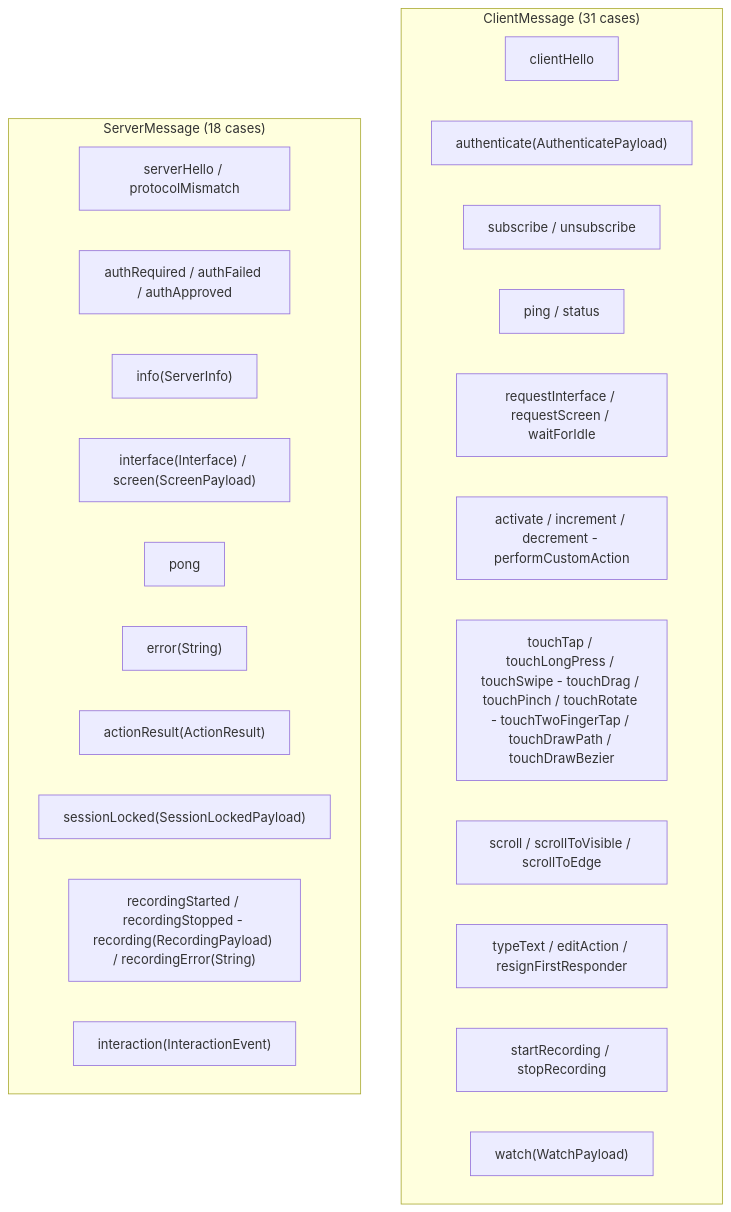
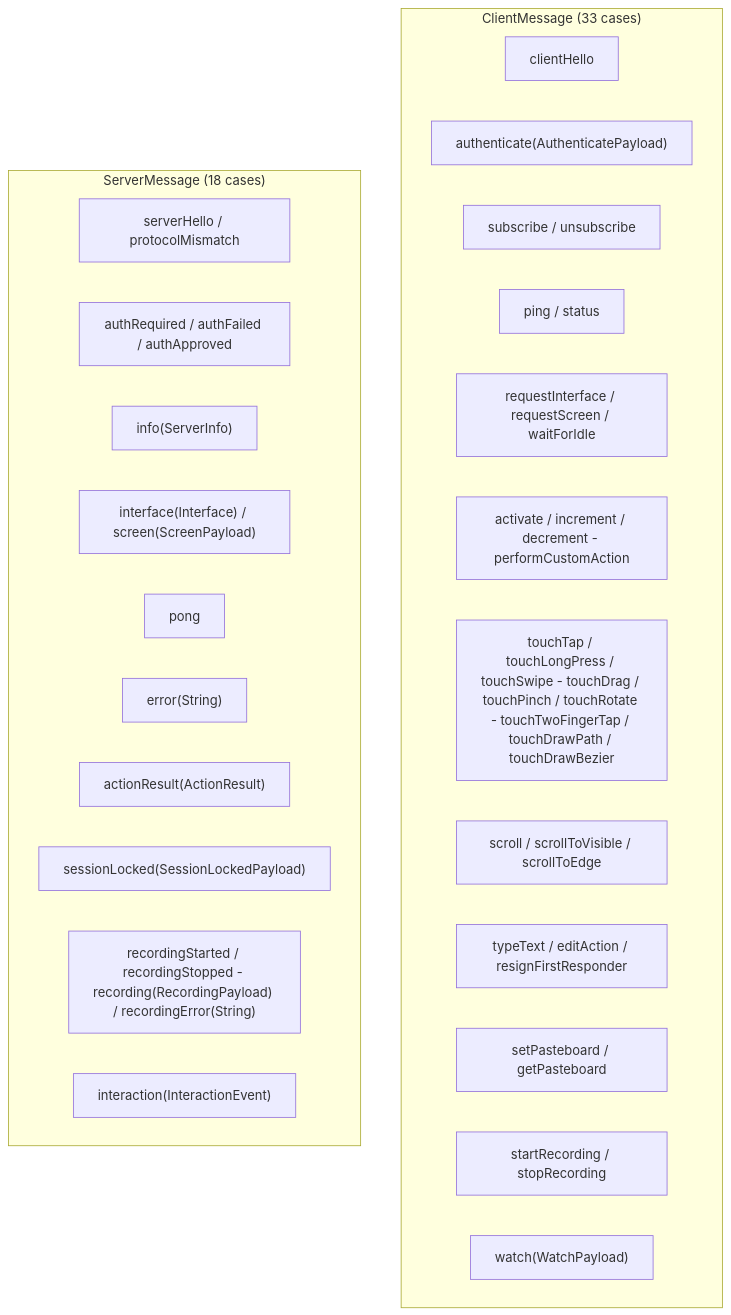
The second of 3 diagrams in docs/dossiers/01-THESCORE.md (RoyalPineapple/TheButtonHeist), drawn with Mermaid before and after one commit. The commit also changed other lines of this file and 29 other files, not shown here.

````diff
--- a/docs/dossiers/01-THESCORE.md
+++ b/docs/dossiers/01-THESCORE.md
@@ -54,29 +54,30 @@
 ```mermaid
 graph TD
-    subgraph ClientMessages["ClientMessage (31 cases)"]
+    subgraph ClientMessages["ClientMessage (33 cases)"]
         Hello["clientHello"]
         Auth["authenticate(AuthenticatePayload)"]
         Sub["subscribe / unsubscribe"]
         Ping["ping / status"]
         Query["requestInterface / requestScreen / waitForIdle"]
         Actions["activate / increment / decrement - performCustomAction"]
         Touch["touchTap / touchLongPress / touchSwipe - touchDrag / touchPinch / touchRotate - touchTwoFingerTap / touchDrawPath / touchDrawBezier"]
         Scroll["scroll / scrollToVisible / scrollToEdge"]
         Text["typeText / editAction / resignFirstResponder"]
+        Pasteboard["setPasteboard / getPasteboard"]
         Recording["startRecording / stopRecording"]
         Watch["watch(WatchPayload)"]
     end
 
     subgraph ServerMessages["ServerMessage (18 cases)"]
         HelloResp["serverHello / protocolMismatch"]
         AuthResp["authRequired / authFailed / authApproved"]
         Info["info(ServerInfo)"]
         Data["interface(Interface) / screen(ScreenPayload)"]
         Pong["pong"]
         Error["error(String)"]
         Action["actionResult(ActionResult)"]
         Session["sessionLocked(SessionLockedPayload)"]
         Rec["recordingStarted / recordingStopped - recording(RecordingPayload) / recordingError(String)"]
         Interaction["interaction(InteractionEvent)"]
     end
 ```
````
